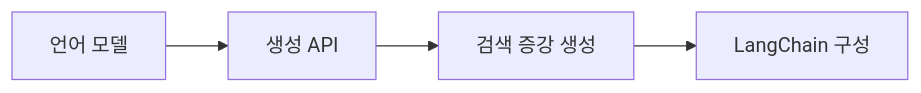
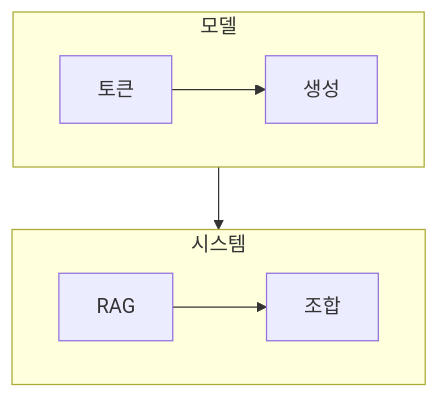
One commit to umyunsang/edu changed the diagram in ComputerScience/03_ai-ml-data/large-language-models/README.md. Above: the diagram before and after it, drawn with Mermaid. The commit also changed other lines of this file and 12 other files, not shown here.

````diff
--- a/ComputerScience/03_ai-ml-data/large-language-models/README.md
+++ b/ComputerScience/03_ai-ml-data/large-language-models/README.md
@@ -18,6 +21,12 @@
 ```mermaid
-flowchart LR
-  A["언어 모델"] --> B["생성 API"]
-  B --> C["검색 증강 생성"]
-  C --> D["LangChain 구성"]
+flowchart TB
+    subgraph Model[모델]
+        direction LR
+        A[토큰] --> B[생성]
+    end
+    subgraph System[시스템]
+        direction LR
+        C[RAG] --> D[조합]
+    end
+    B --> C
 ```
````
